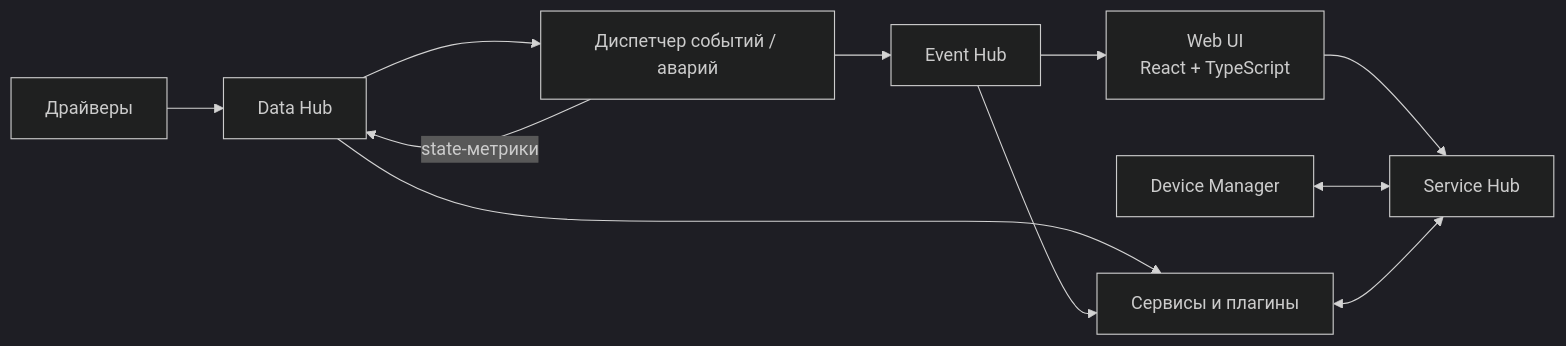
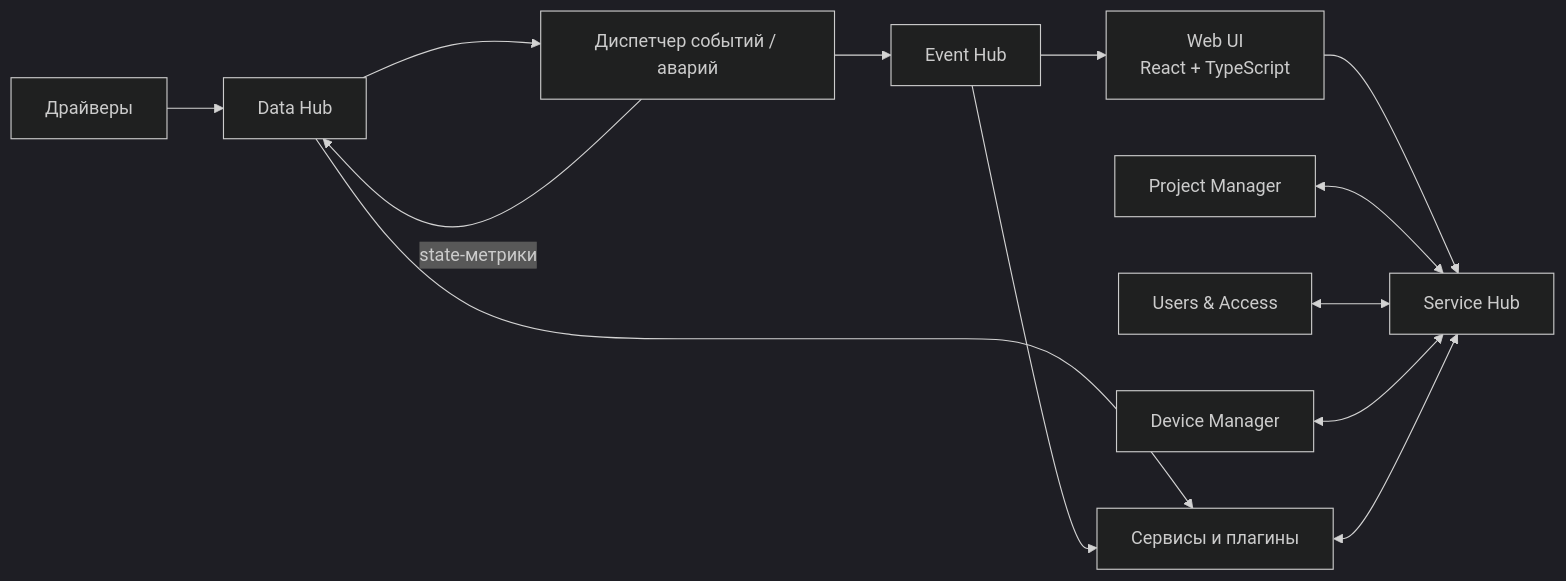
Before and after one commit to Lex26p/dispatcher: the diagram in docs/architecture/README.md, drawn with Mermaid (dark theme). The commit also changed other lines of this file and 7 other files, not shown here.

````diff
--- a/docs/architecture/README.md
+++ b/docs/architecture/README.md
@@ -27,17 +27,19 @@
 ```mermaid
 flowchart LR
     WEB[Web UI<br/>React + TypeScript] --> SH[Service Hub]
 
+    PM[Project Manager] <--> SH
+    UA[Users & Access] <--> SH
     DM[Device Manager] <--> SH
     SVC[Сервисы и плагины] <--> SH
 
     DRV[Драйверы] --> DH[Data Hub]
     DH --> SVC
     DH --> EM[Диспетчер событий / аварий]
 
     EM -->|state-метрики| DH
     EM --> EH[Event Hub]
 
     EH --> WEB
     EH --> SVC
 ```
````
